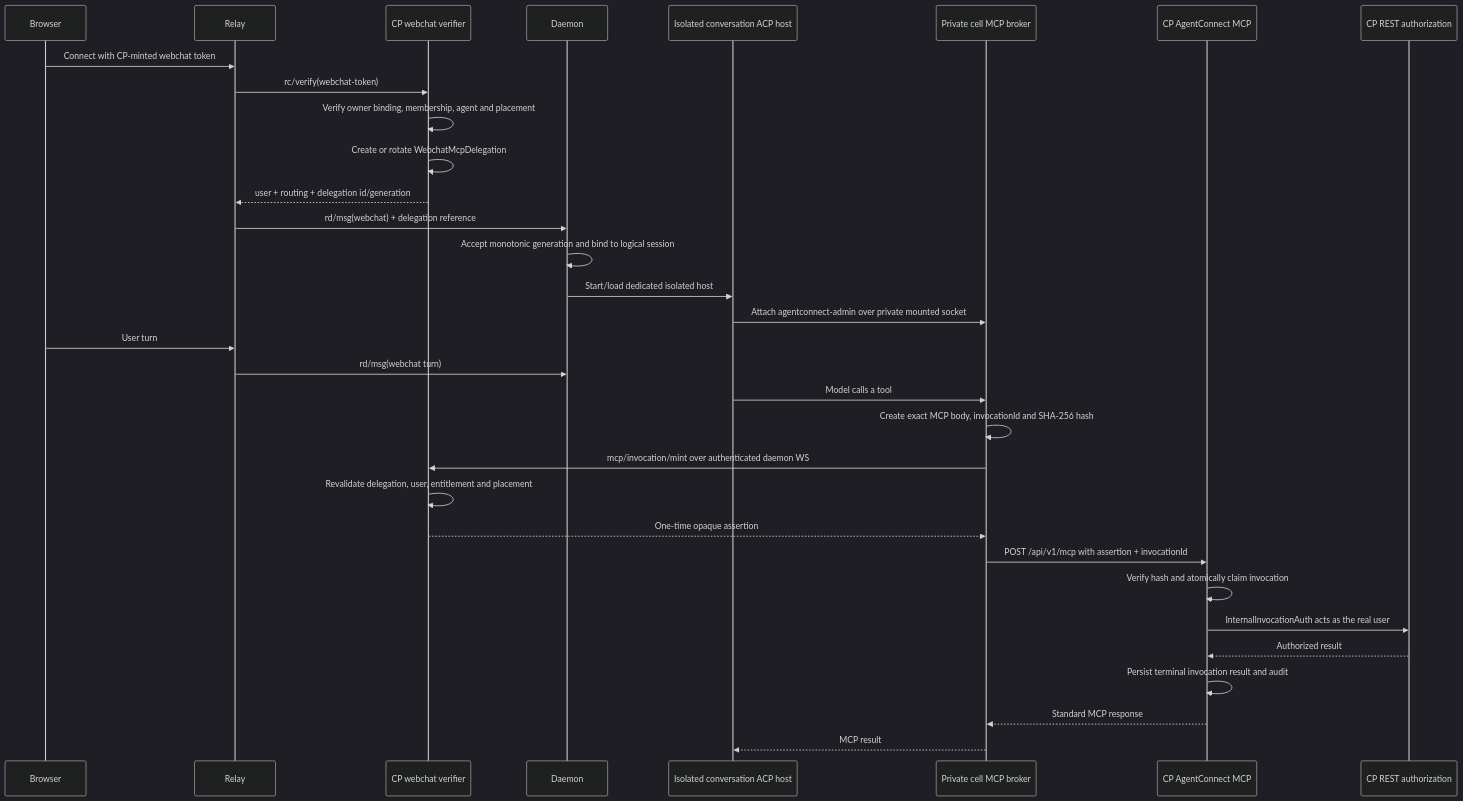
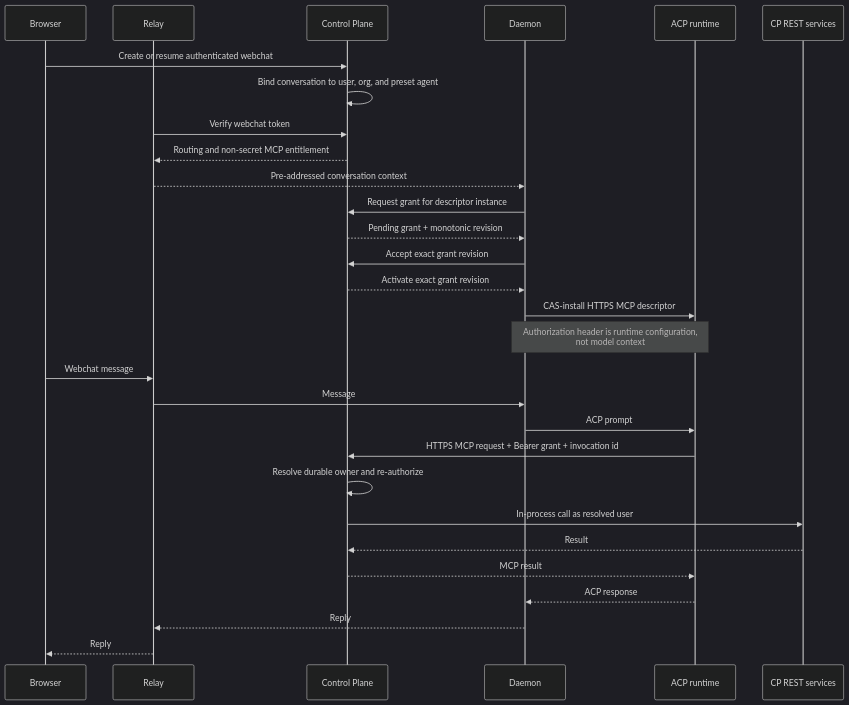
Before and after one commit to Harbor404/agentconnect: the diagram in docs/designs/webchat-preset-agentconnect-mcp.md, drawn with Mermaid (dark theme). The commit also changed other lines of this file and 2 other files, not shown here.

First line of the commit message:
docs: redesign preset webchat admin MCP (#308)

````diff
--- a/docs/designs/webchat-preset-agentconnect-mcp.md
+++ b/docs/designs/webchat-preset-agentconnect-mcp.md
@@ -182,36 +112,32 @@
 ```mermaid
 sequenceDiagram
     participant Browser
     participant Relay
-    participant CPVerify as CP webchat verifier
+    participant CP as Control Plane
     participant Daemon
-    participant Cell as Isolated conversation ACP host
-    participant Broker as Private cell MCP broker
-    participant CPMCP as CP AgentConnect MCP
-    participant REST as CP REST authorization
+    participant Runtime as ACP runtime
+    participant REST as CP REST services
 
-    Browser->>Relay: Connect with CP-minted webchat token
-    Relay->>CPVerify: rc/verify(webchat-token)
-    CPVerify->>CPVerify: Verify owner binding, membership, agent and placement
-    CPVerify->>CPVerify: Create or rotate WebchatMcpDelegation
-    CPVerify-->>Relay: user + routing + delegation id/generation
-    Relay->>Daemon: rd/msg(webchat) + delegation reference
-    Daemon->>Daemon: Accept monotonic generation and bind to logical session
-    Daemon->>Cell: Start/load dedicated isolated host
-    Cell->>Broker: Attach agentconnect-admin over private mounted socket
-
-    Browser->>Relay: User turn
-    Relay->>Daemon: rd/msg(webchat turn)
-    Cell->>Broker: Model calls a tool
-    Broker->>Broker: Create exact MCP body, invocationId and SHA-256 hash
-    Broker->>CPVerify: mcp/invocation/mint over authenticated daemon WS
-    CPVerify->>CPVerify: Revalidate delegation, user, entitlement and placement
-    CPVerify-->>Broker: One-time opaque assertion
-    Broker->>CPMCP: POST /api/v1/mcp with assertion + invocationId
-    CPMCP->>CPMCP: Verify hash and atomically claim invocation
-    CPMCP->>REST: InternalInvocationAuth acts as the real user
-    REST-->>CPMCP: Authorized result
-    CPMCP->>CPMCP: Persist terminal invocation result and audit
-    CPMCP-->>Broker: Standard MCP response
-    Broker-->>Cell: MCP result
+    Browser->>CP: Create or resume authenticated webchat
+    CP->>CP: Bind conversation to user, org, and preset agent
+    Relay->>CP: Verify webchat token
+    CP-->>Relay: Routing and non-secret MCP entitlement
+    Relay-->>Daemon: Pre-addressed conversation context
+    Daemon->>CP: Request grant for descriptor instance
+    CP-->>Daemon: Pending grant + monotonic revision
+    Daemon->>CP: Accept exact grant revision
+    CP-->>Daemon: Activate exact grant revision
+    Daemon->>Runtime: CAS-install HTTPS MCP descriptor
+    Note over Daemon,Runtime: Authorization header is runtime configuration,<br/>not model context
+    Browser->>Relay: Webchat message
+    Relay->>Daemon: Message
+    Daemon->>Runtime: ACP prompt
+    Runtime->>CP: HTTPS MCP request + Bearer grant + invocation id
+    CP->>CP: Resolve durable owner and re-authorize
+    CP->>REST: In-process call as resolved user
+    REST-->>CP: Result
+    CP-->>Runtime: MCP result
+    Runtime-->>Daemon: ACP response
+    Daemon-->>Relay: Reply
+    Relay-->>Browser: Reply
 ```
````
